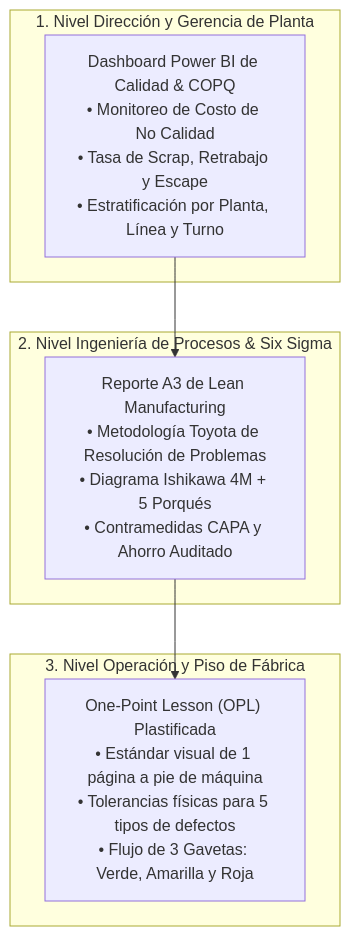
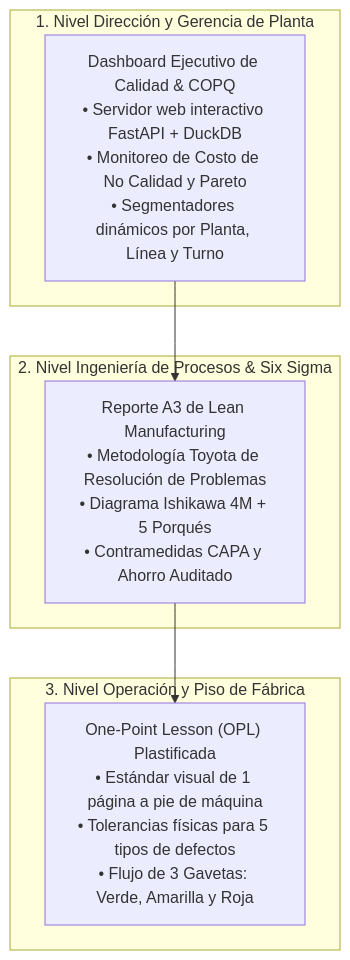
Before and after one commit to 32456344567/03_Control_Calidad_Scrap_Retrabajo: the diagram in README.md, drawn with Mermaid. The commit also changed other lines of this file and 44 other files, not shown here.

Commit message:
feat: implement native executive quality and copq web dashboard with fastapi, duckdb, and apexcharts

````diff
--- a/README.md
+++ b/README.md
@@ -30,17 +56,17 @@
 ```mermaid
 flowchart TD
     subgraph G1 [1. Nivel Dirección y Gerencia de Planta]
-        A["Dashboard Power BI de Calidad & COPQ<br/>• Monitoreo de Costo de No Calidad<br/>• Tasa de Scrap, Retrabajo y Escape<br/>• Estratificación por Planta, Línea y Turno"]
+        A["Dashboard Ejecutivo de Calidad & COPQ<br/>• Servidor web interactivo FastAPI + DuckDB<br/>• Monitoreo de Costo de No Calidad y Pareto<br/>• Segmentadores dinámicos por Planta, Línea y Turno"]
     end
     
     subgraph G2 [2. Nivel Ingeniería de Procesos & Six Sigma]
         B["Reporte A3 de Lean Manufacturing<br/>• Metodología Toyota de Resolución de Problemas<br/>• Diagrama Ishikawa 4M + 5 Porqués<br/>• Contramedidas CAPA y Ahorro Auditado"]
     end
     
     subgraph G3 [3. Nivel Operación y Piso de Fábrica]
         C["One-Point Lesson (OPL) Plastificada<br/>• Estándar visual de 1 página a pie de máquina<br/>• Tolerancias físicas para 5 tipos de defectos<br/>• Flujo de 3 Gavetas: Verde, Amarilla y Roja"]
     end
     
     A --> B
     B --> C
 ```
````
